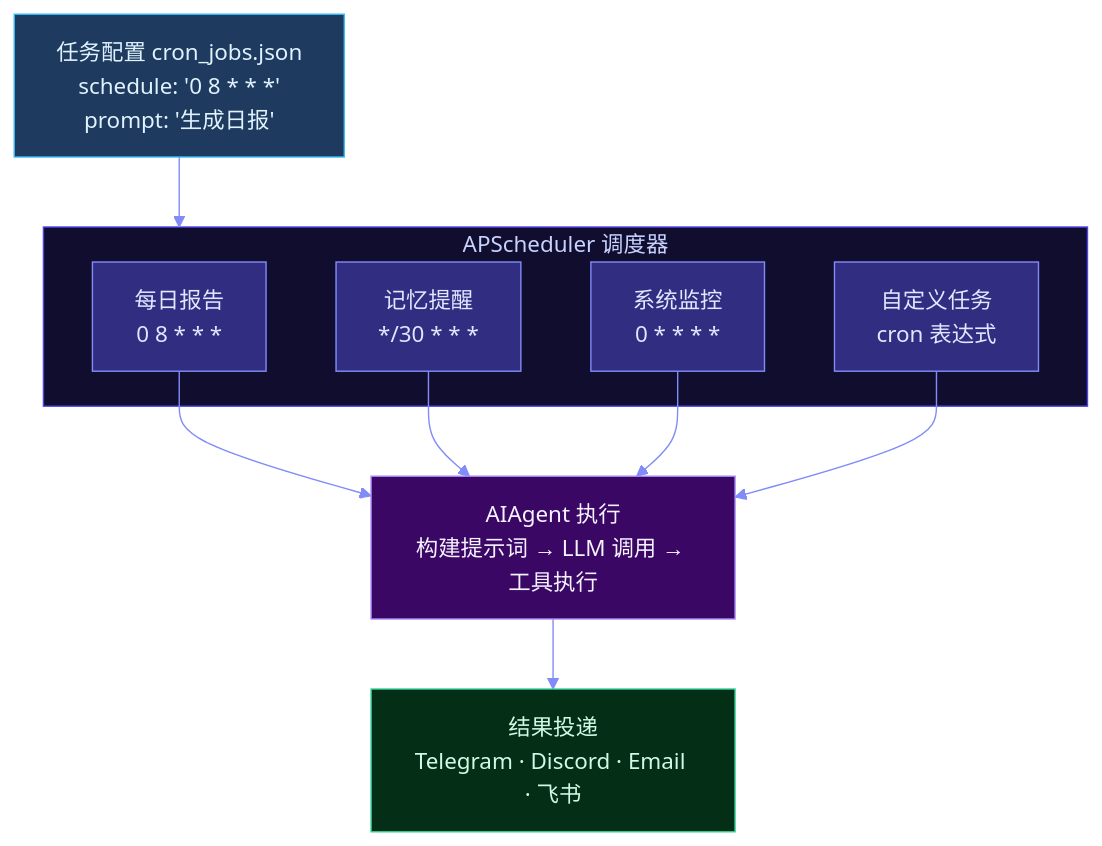
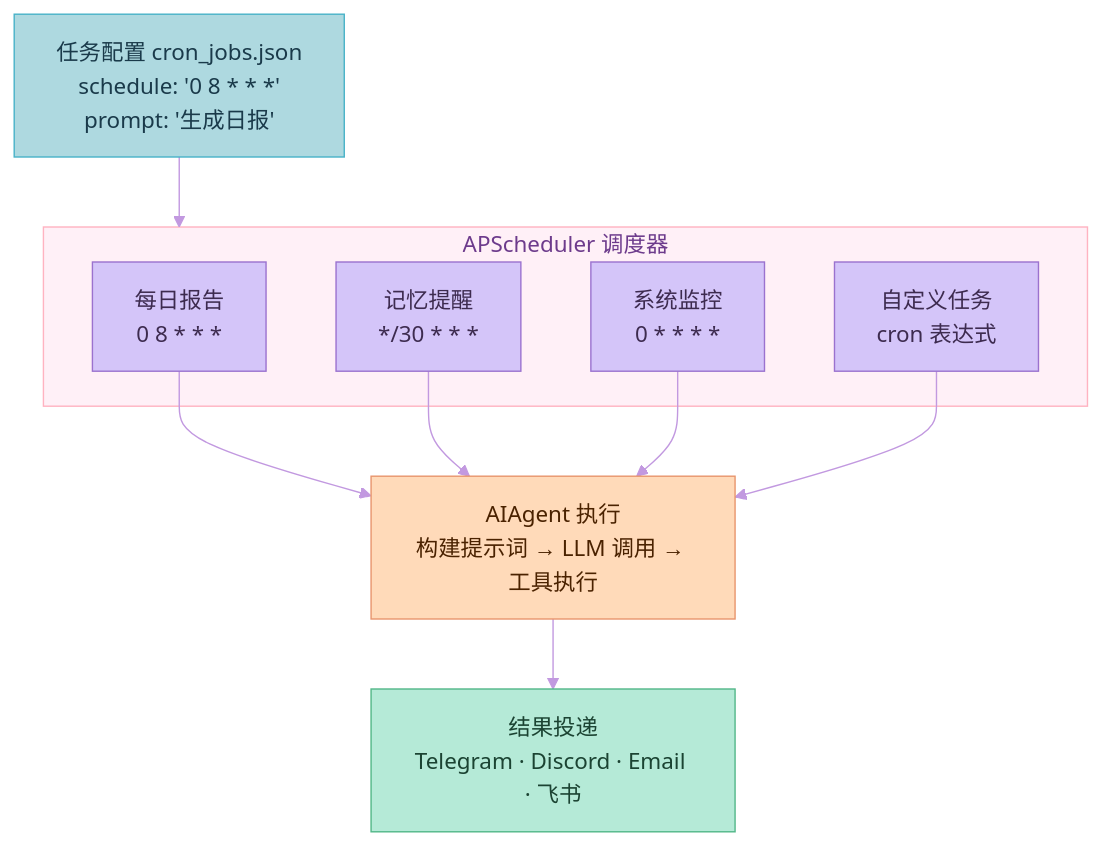
The ninth of 10 diagrams in source/_posts/2026-04-13-hermes-agent深度完全解读.md (xuqi2024/xuqi2024.github.io), drawn with Mermaid before and after one commit. The commit also changed other lines of this file and 3 other files, not shown here.

First line of the commit message:
style: 将所有 Mermaid 图表配色改为马卡龙色系，修复节点换行显示

````diff
--- a/source/_posts/2026-04-13-hermes-agent深度完全解读.md
+++ b/source/_posts/2026-04-13-hermes-agent深度完全解读.md
@@ -606,24 +606,24 @@
 ```mermaid
-%%{init: {'theme': 'base', 'themeVariables': {'primaryColor': '#1e1b4b', 'primaryTextColor': '#e0e7ff', 'primaryBorderColor': '#818cf8', 'lineColor': '#818cf8', 'secondaryColor': '#2e1065', 'tertiaryColor': '#0c3a4a', 'background': '#0a0914', 'mainBkg': '#1e1b4b', 'nodeBorder': '#818cf8', 'clusterBkg': '#110d2e', 'clusterBorder': '#4f46e5', 'titleColor': '#c7d2fe', 'edgeLabelBackground': '#1e1b4b'}}}%%
+%%{init: {'theme': 'base', 'themeVariables': {'primaryColor': '#FFB3C1', 'primaryTextColor': '#4A1942', 'primaryBorderColor': '#FF85A1', 'lineColor': '#C299E0', 'secondaryColor': '#C8E6C9', 'tertiaryColor': '#AED9E0', 'background': '#FFF8FB', 'mainBkg': '#FFB3C1', 'nodeBorder': '#FF85A1', 'clusterBkg': '#FFF0F7', 'clusterBorder': '#FFB3C1', 'titleColor': '#6D3B8C', 'edgeLabelBackground': '#FFF8FB'}}}%%
 flowchart TD
-    classDef config fill:#1e3a5f,stroke:#38bdf8,color:#e0f2fe
-    classDef job fill:#312e81,stroke:#818cf8,color:#e0e7ff
-    classDef execute fill:#3b0764,stroke:#a78bfa,color:#f5f3ff
-    classDef deliver fill:#052e16,stroke:#34d399,color:#d1fae5
+    classDef config fill:#AED9E0,stroke:#48B2C8,color:#1A3A4A
+    classDef job fill:#D4C5F9,stroke:#9B72CF,color:#3D2B4F
+    classDef execute fill:#FFDAB9,stroke:#E8956D,color:#4A2200
+    classDef deliver fill:#B5EAD7,stroke:#52B788,color:#1B4332
 
-    CONFIG["任务配置 cron_jobs.json\nschedule: '0 8 * * *'\nprompt: '生成日报'"]:::config
+    CONFIG["任务配置 cron_jobs.json<br/>schedule: '0 8 * * *'<br/>prompt: '生成日报'"]:::config
 
     subgraph SCHED["APScheduler 调度器"]
-        S1["每日报告\n0 8 * * *"]:::job
-        S2["记忆提醒\n*/30 * * *"]:::job
-        S3["系统监控\n0 * * * *"]:::job
-        S4["自定义任务\ncron 表达式"]:::job
+        S1["每日报告<br/>0 8 * * *"]:::job
+        S2["记忆提醒<br/>*/30 * * *"]:::job
+        S3["系统监控<br/>0 * * * *"]:::job
+        S4["自定义任务<br/>cron 表达式"]:::job
     end
 
-    EXEC["AIAgent 执行\n构建提示词 → LLM 调用 → 工具执行"]:::execute
-    DELIVER["结果投递\nTelegram · Discord · Email · 飞书"]:::deliver
+    EXEC["AIAgent 执行<br/>构建提示词 → LLM 调用 → 工具执行"]:::execute
+    DELIVER["结果投递<br/>Telegram · Discord · Email · 飞书"]:::deliver
 
     CONFIG --> SCHED
     S1 & S2 & S3 & S4 --> EXEC
     EXEC --> DELIVER
 ```
````
